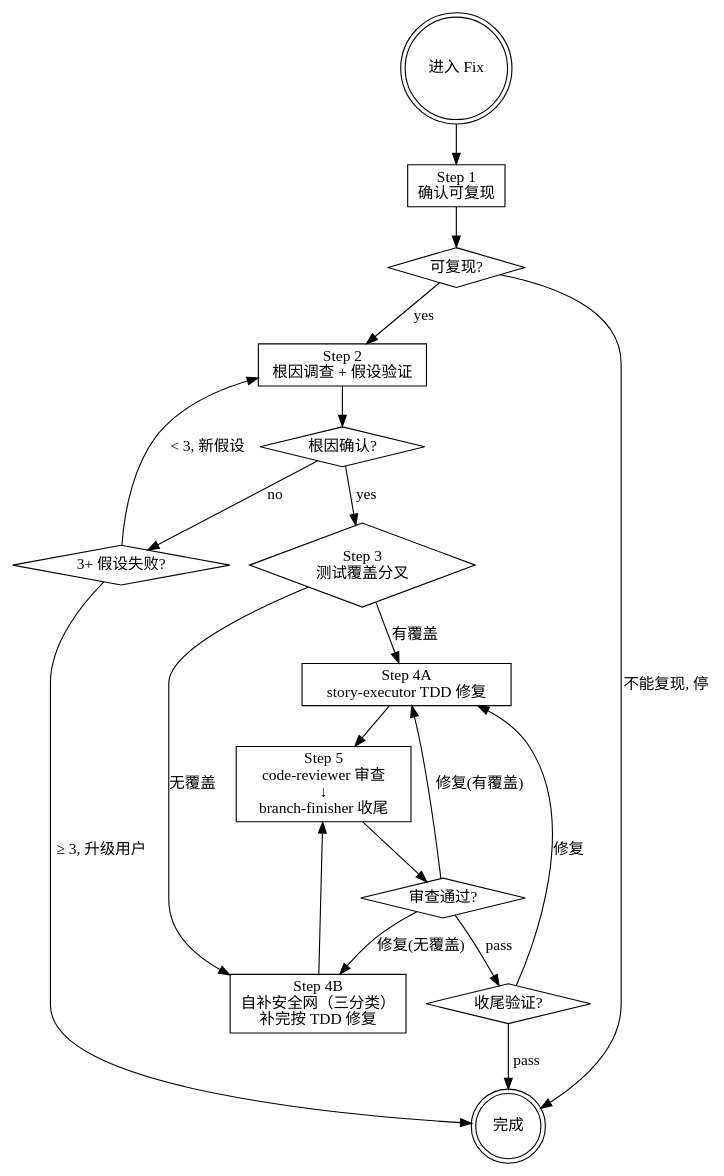
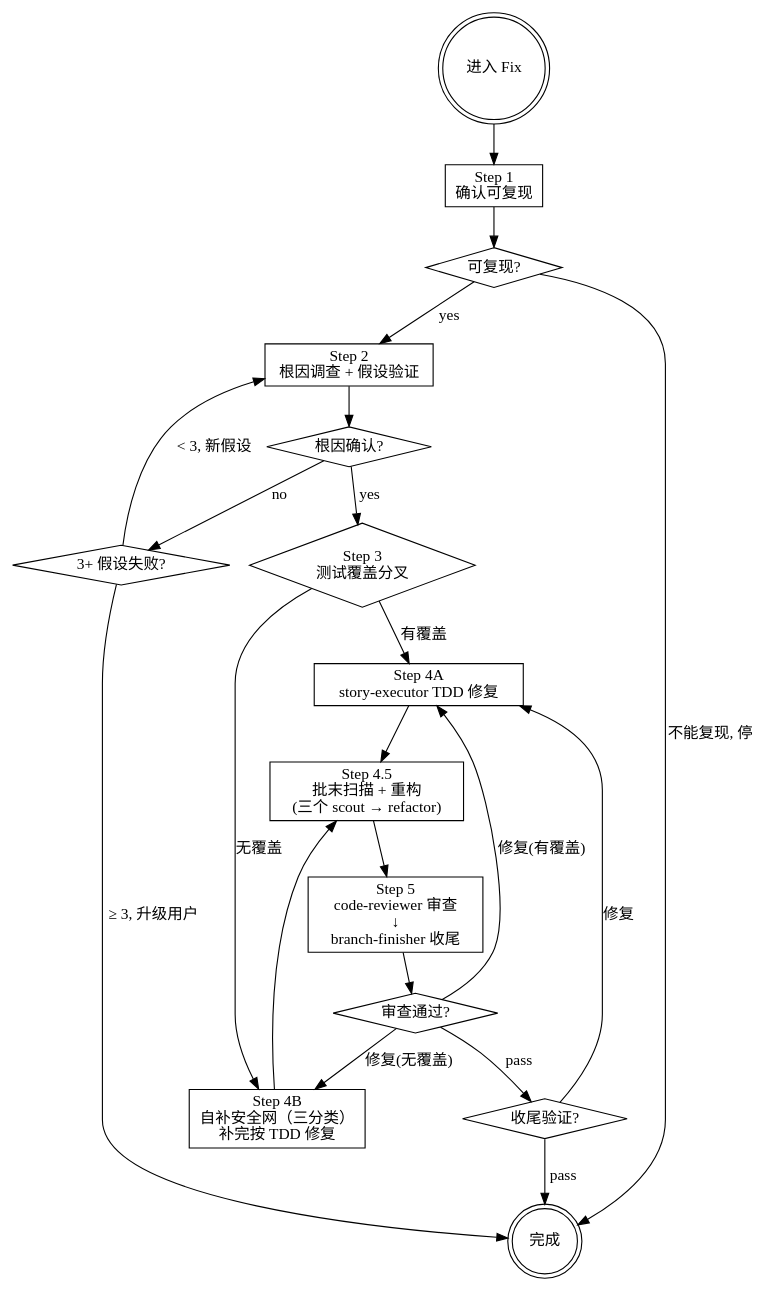
The diagram in agents/Fix.md (hsiang-lee/my_opencode), drawn with Graphviz before and after one commit. The commit also changed other lines of this file and 40 other files, not shown here.

````diff
--- a/agents/Fix.md
+++ b/agents/Fix.md
@@ -70,39 +69,41 @@
 ```dot
 digraph fix_flow {
     rankdir=TB;
     start [label="进入 Fix", shape=doublecircle];
     step1 [label="Step 1\n确认可复现", shape=box];
     step2 [label="Step 2\n根因调查 + 假设验证", shape=box];
     step3 [label="Step 3\n测试覆盖分叉", shape=diamond];
     fixA [label="Step 4A\nstory-executor TDD 修复", shape=box];
     fixB [label="Step 4B\n自补安全网（三分类）\n补完按 TDD 修复", shape=box];
+    scan [label="Step 4.5\n批末扫描 + 重构\n(三个 scout → refactor)", shape=box];
     step5 [label="Step 5\ncode-reviewer 审查\n↓\nbranch-finisher 收尾", shape=box];
 
     gate1 [label="可复现?", shape=diamond];
     gate2 [label="根因确认?", shape=diamond];
     gate2_fail [label="3+ 假设失败?", shape=diamond];
     gate5a [label="审查通过?", shape=diamond];
     gate5b [label="收尾验证?", shape=diamond];
     done [label="完成", shape=doublecircle];
 
     start -> step1;
     step1 -> gate1;
     gate1 -> step2 [label="yes"];
     gate1 -> done [label="不能复现, 停"];
     step2 -> gate2;
     gate2 -> step3 [label="yes"];
     gate2 -> gate2_fail [label="no"];
     gate2_fail -> step2 [label="< 3, 新假设"];
     gate2_fail -> done [label="≥ 3, 升级用户"];
     step3 -> fixA [label="有覆盖"];
     step3 -> fixB [label="无覆盖"];
-    fixA -> step5;
-    fixB -> step5;
+    fixA -> scan;
+    fixB -> scan;
+    scan -> step5;
     step5 -> gate5a;
     gate5a -> fixA [label="修复(有覆盖)"];
     gate5a -> fixB [label="修复(无覆盖)"];
     gate5a -> gate5b [label="pass"];
     gate5b -> fixA [label="修复"];
     gate5b -> done [label="pass"];
 }
 ```
````
